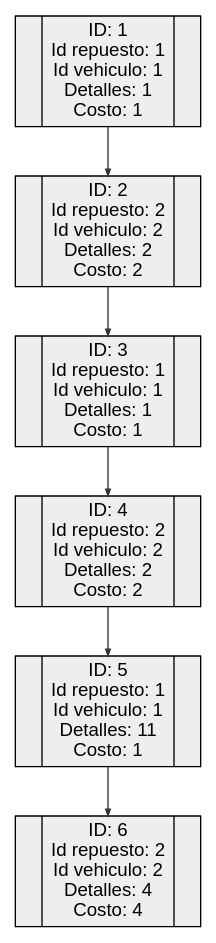
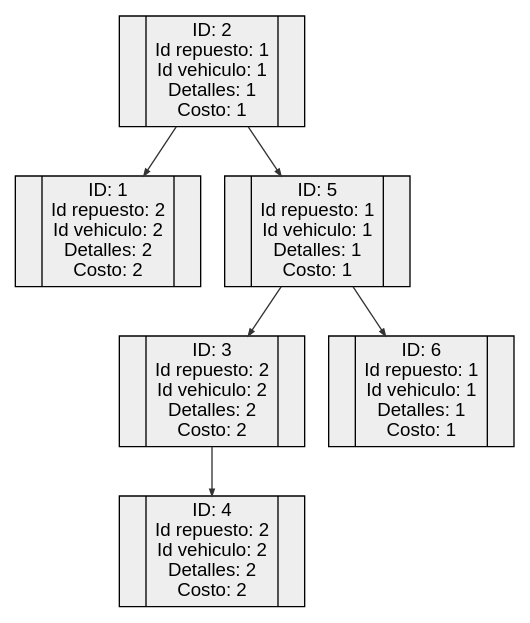
The diagram in Fase2/AutoGestPro/Reportes/ReporteServicios.dot (0520Jose/-EDD-1S2025_202300539), drawn with Graphviz before and after one commit. The commit also changed 12 other files, not shown here.

```diff
--- a/Fase2/AutoGestPro/Reportes/ReporteServicios.dot
+++ b/Fase2/AutoGestPro/Reportes/ReporteServicios.dot
@@ -1,35 +1,35 @@
 digraph G {
 node [shape=record];
 rankdir=TB;
 node [height=0.5];
 node [width=0.5];
 node [style=filled];
 node [fillcolor="#EEEEEE"];
 node [fontname="Arial"];
 edge [fontname="Arial"];
 edge [fontsize=8];
 edge [fontcolor="#333333"];
 edge [labelfloat=false];
 edge [decorate=true];
 edge [style="solid"];
 edge [color="#333333"];
 edge [dir="forward"];
 edge [arrowhead="normal"];
 edge [arrowsize="0.5"];
 edge [arrowtail="normal"];
 edge [taillabel=""];
 edge [headlabel=""];
 edge [label=""];
 edge [weight="1"];
-n1 [label="<f0> |<f1> ID: 1\nId repuesto: 1\nId vehiculo: 1\nDetalles: 1\nCosto: 1|<f2>"];
-n1 -> n2;
-n2 [label="<f0> |<f1> ID: 2\nId repuesto: 2\nId vehiculo: 2\nDetalles: 2\nCosto: 2|<f2>"];
-n2 -> n3;
-n3 [label="<f0> |<f1> ID: 3\nId repuesto: 1\nId vehiculo: 1\nDetalles: 1\nCosto: 1|<f2>"];
+n2 [label="<f0> |<f1> ID: 2\nId repuesto: 1\nId vehiculo: 1\nDetalles: 1\nCosto: 1|<f2>"];
+n2 -> n1;
+n2 -> n5;
+n1 [label="<f0> |<f1> ID: 1\nId repuesto: 2\nId vehiculo: 2\nDetalles: 2\nCosto: 2|<f2>"];
+n5 [label="<f0> |<f1> ID: 5\nId repuesto: 1\nId vehiculo: 1\nDetalles: 1\nCosto: 1|<f2>"];
+n5 -> n3;
+n5 -> n6;
+n3 [label="<f0> |<f1> ID: 3\nId repuesto: 2\nId vehiculo: 2\nDetalles: 2\nCosto: 2|<f2>"];
 n3 -> n4;
 n4 [label="<f0> |<f1> ID: 4\nId repuesto: 2\nId vehiculo: 2\nDetalles: 2\nCosto: 2|<f2>"];
-n4 -> n5;
-n5 [label="<f0> |<f1> ID: 5\nId repuesto: 1\nId vehiculo: 1\nDetalles: 11\nCosto: 1|<f2>"];
-n5 -> n6;
-n6 [label="<f0> |<f1> ID: 6\nId repuesto: 2\nId vehiculo: 2\nDetalles: 4\nCosto: 4|<f2>"];
+n6 [label="<f0> |<f1> ID: 6\nId repuesto: 1\nId vehiculo: 1\nDetalles: 1\nCosto: 1|<f2>"];
 }
```
